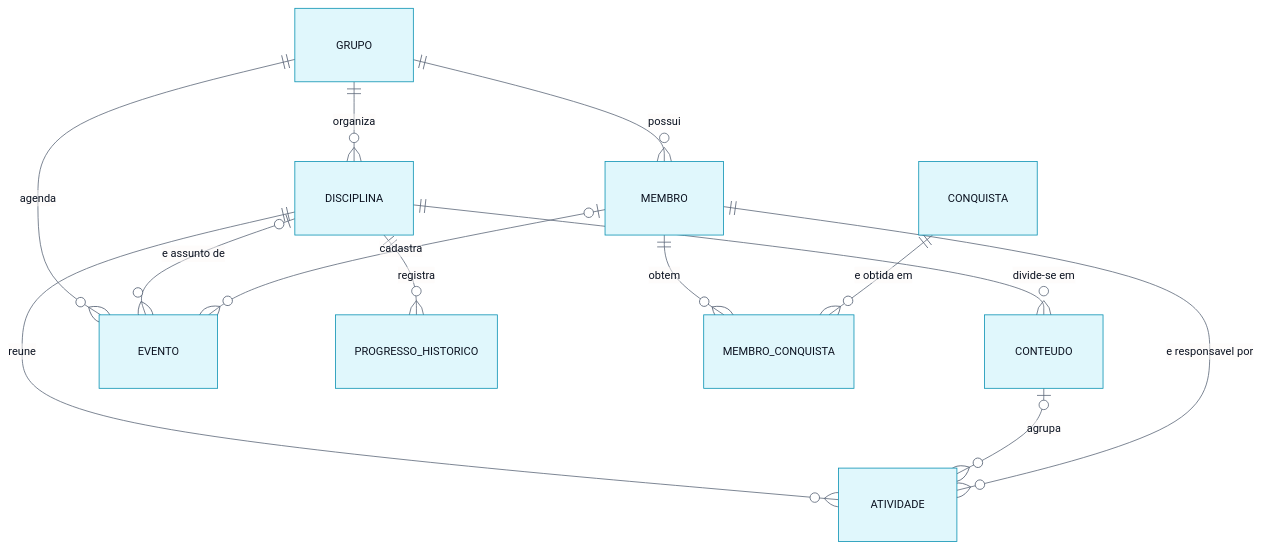
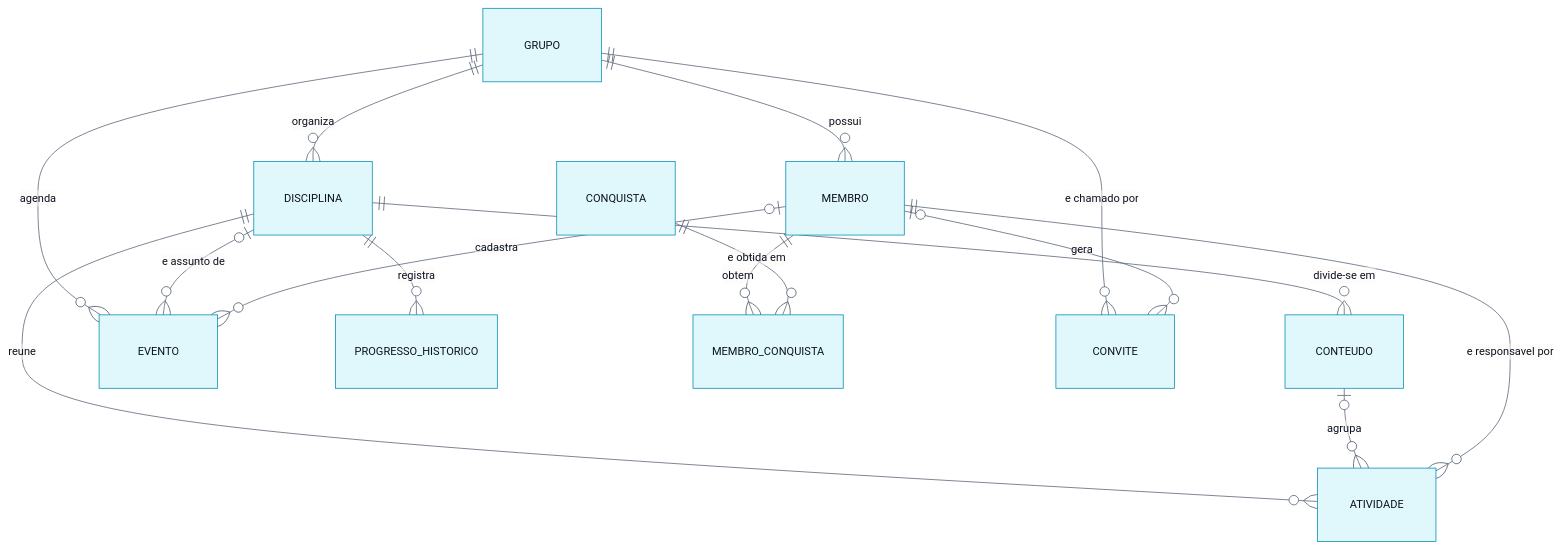
The diagram in banco-de-dados/01-modelo-conceitual.md (dedeyfogaca/equipe7-vertice), drawn with Mermaid before and after one commit. The commit also changed other lines of this file and 7 other files, not shown here.

````diff
--- a/banco-de-dados/01-modelo-conceitual.md
+++ b/banco-de-dados/01-modelo-conceitual.md
@@ -14,17 +14,19 @@
 ```mermaid
 %%{init: {"theme": "base", "fontFamily": "Space Grotesk", "themeVariables": {"fontFamily": "Space Grotesk, Segoe UI, sans-serif", "fontSize": "14px", "primaryColor": "#E0F7FC", "primaryTextColor": "#0B1220", "primaryBorderColor": "#0891B2", "lineColor": "#5B6678", "attributeBackgroundColorOdd": "#FFFFFF", "attributeBackgroundColorEven": "#F5F7FC", "nodeBorder": "#0891B2", "mainBkg": "#E0F7FC", "textColor": "#0B1220", "titleColor": "#0E7490"}, "er": {"diagramPadding": 24, "entityPadding": 16, "minEntityWidth": 150}}}%%
 erDiagram
     GRUPO ||--o{ MEMBRO : "possui"
     GRUPO ||--o{ DISCIPLINA : "organiza"
     DISCIPLINA ||--o{ CONTEUDO : "divide-se em"
     DISCIPLINA ||--o{ ATIVIDADE : "reune"
     CONTEUDO |o--o{ ATIVIDADE : "agrupa"
     MEMBRO ||--o{ ATIVIDADE : "e responsavel por"
     GRUPO ||--o{ EVENTO : "agenda"
     DISCIPLINA |o--o{ EVENTO : "e assunto de"
     MEMBRO |o--o{ EVENTO : "cadastra"
     DISCIPLINA ||--o{ PROGRESSO_HISTORICO : "registra"
     MEMBRO ||--o{ MEMBRO_CONQUISTA : "obtem"
     CONQUISTA ||--o{ MEMBRO_CONQUISTA : "e obtida em"
+    GRUPO ||--o{ CONVITE : "e chamado por"
+    MEMBRO |o--o{ CONVITE : "gera"
 
 ```
````
